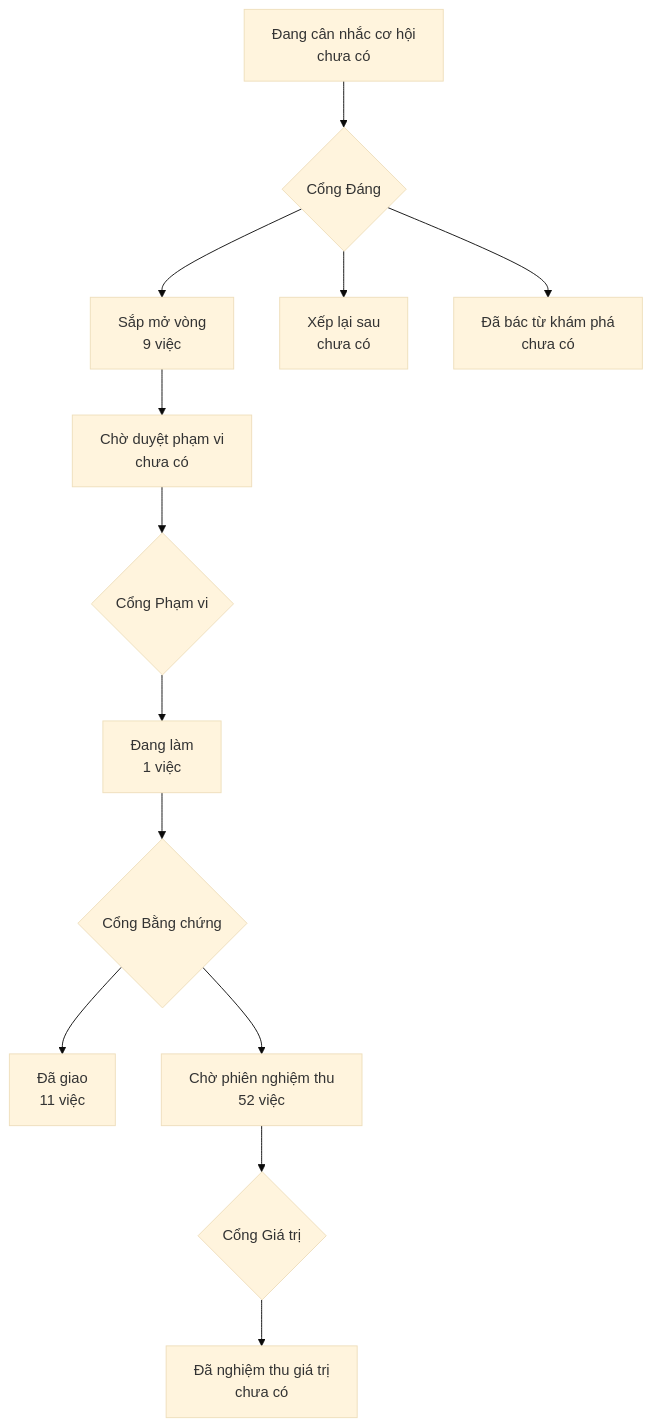
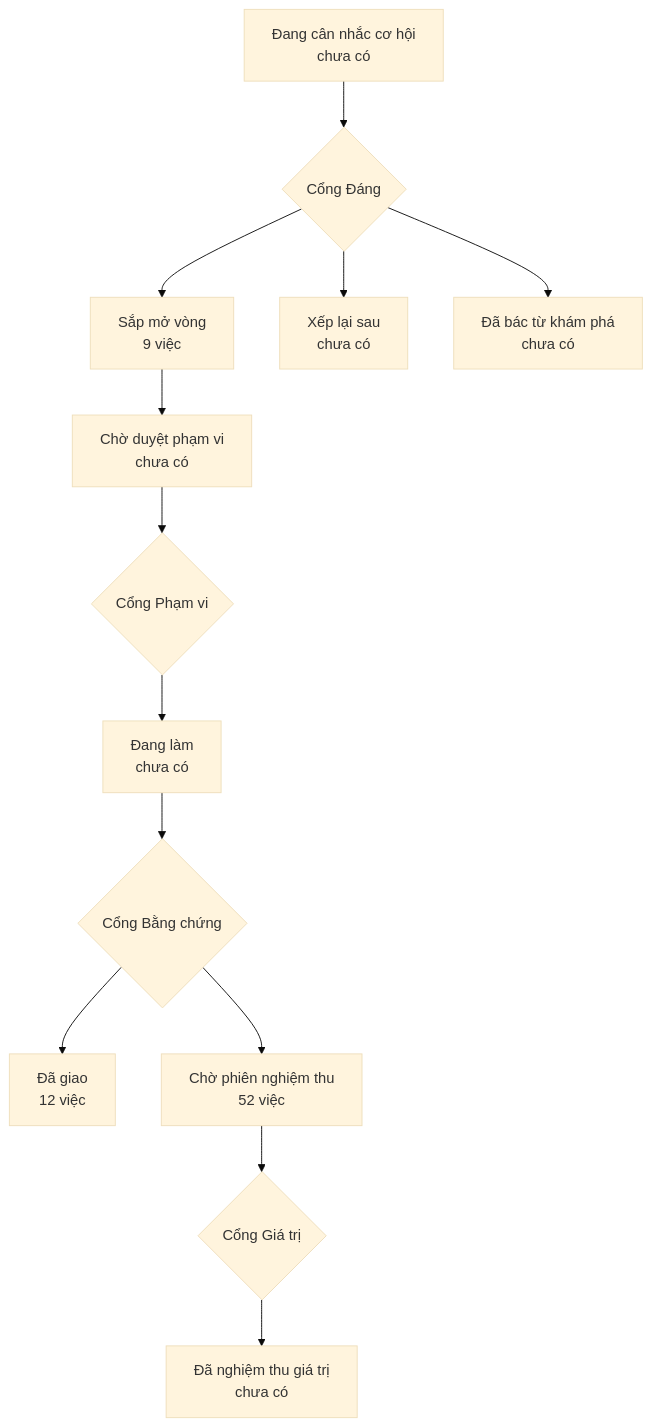
Before and after one commit to phanlemanh/onehub-inventory: the diagram in PRODUCT-MAP.md, drawn with Mermaid (base theme). The commit also changed other lines of this file and 4 other files, not shown here.

````diff
--- a/PRODUCT-MAP.md
+++ b/PRODUCT-MAP.md
@@ -7,12 +7,12 @@
 ```mermaid
 flowchart TD
   A["Đang cân nhắc cơ hội<br/>chưa có"] --> GD{"Cổng Đáng"}
   GD --> B["Sắp mở vòng<br/>9 việc"]
   GD --> XL["Xếp lại sau<br/>chưa có"]
   GD --> DB["Đã bác từ khám phá<br/>chưa có"]
   B --> CD["Chờ duyệt phạm vi<br/>chưa có"] --> GP{"Cổng Phạm vi"}
-  GP --> DL["Đang làm<br/>1 việc"] --> GB{"Cổng Bằng chứng"}
-  GB --> DG["Đã giao<br/>11 việc"]
+  GP --> DL["Đang làm<br/>chưa có"] --> GB{"Cổng Bằng chứng"}
+  GB --> DG["Đã giao<br/>12 việc"]
   GB --> CN["Chờ phiên nghiệm thu<br/>52 việc"] --> GG{"Cổng Giá trị"}
   GG --> NT["Đã nghiệm thu giá trị<br/>chưa có"]
 ```
````
